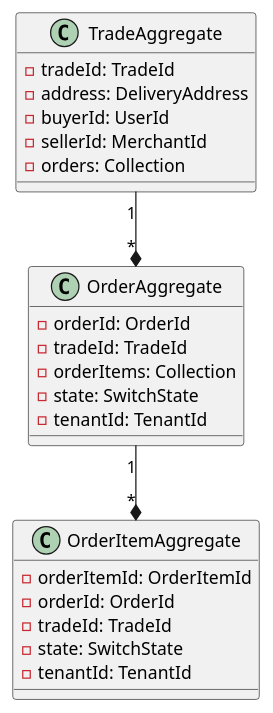
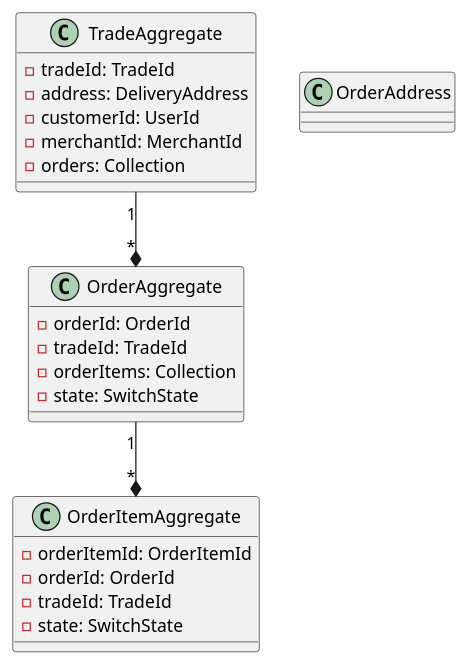
The diagram in documents/dm-order/order_cls_core.puml (xgyb12458/dm-platform), drawn with PlantUML before and after one commit. The commit also changed 20 other files, not shown here.

```diff
--- a/documents/dm-order/order_cls_core.puml
+++ b/documents/dm-order/order_cls_core.puml
@@ -1,28 +1,29 @@
 @startuml 订单管理
 
 class TradeAggregate {
     - tradeId: TradeId
     - address: DeliveryAddress
-    - buyerId: UserId
-    - sellerId: MerchantId
+    - customerId: UserId
+    - merchantId: MerchantId
     - orders: Collection
 }
 class OrderAggregate {
     - orderId: OrderId
     - tradeId: TradeId
     - orderItems: Collection
     - state: SwitchState
-    - tenantId: TenantId
 }
 class OrderItemAggregate {
     - orderItemId: OrderItemId
     - orderId: OrderId
     - tradeId: TradeId
     - state: SwitchState
-    - tenantId: TenantId
+}
+
+class OrderAddress {
 }
 
 TradeAggregate "1"--*"*" OrderAggregate
 OrderAggregate "1"--*"*" OrderItemAggregate
 
 @enduml
```
